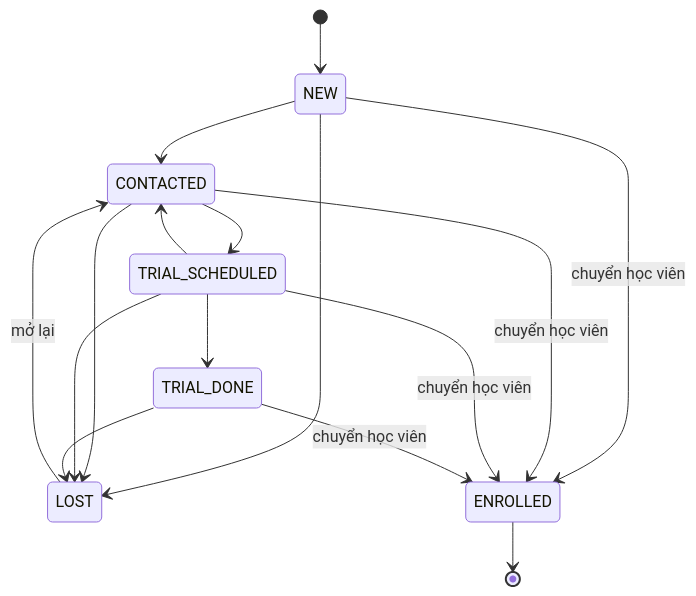
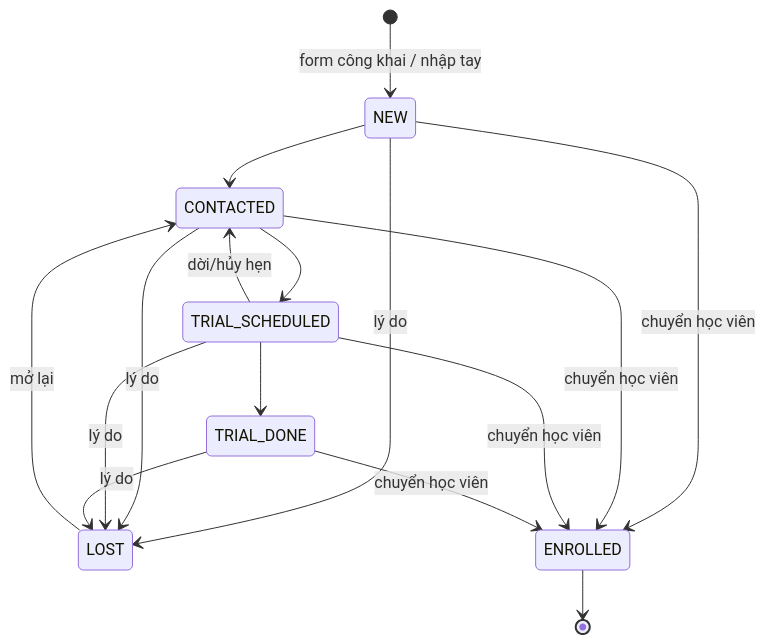
The first of 4 diagrams in docs/06-business-rules-and-states.md (Huutuyen205/CoreLinkAcademy), drawn with Mermaid before and after one commit. The commit also changed other lines of this file and 100 other files, not shown here.

````diff
--- a/docs/06-business-rules-and-states.md
+++ b/docs/06-business-rules-and-states.md
@@ -34,18 +86,18 @@
 ```mermaid
 stateDiagram-v2
-  [*] --> NEW
+  [*] --> NEW: form công khai / nhập tay
   NEW --> CONTACTED
-  NEW --> LOST
+  NEW --> LOST: lý do
   CONTACTED --> TRIAL_SCHEDULED
-  CONTACTED --> LOST
+  CONTACTED --> LOST: lý do
   TRIAL_SCHEDULED --> TRIAL_DONE
-  TRIAL_SCHEDULED --> CONTACTED
-  TRIAL_SCHEDULED --> LOST
-  TRIAL_DONE --> LOST
+  TRIAL_SCHEDULED --> CONTACTED: dời/hủy hẹn
+  TRIAL_SCHEDULED --> LOST: lý do
+  TRIAL_DONE --> LOST: lý do
+  LOST --> CONTACTED: mở lại
   NEW --> ENROLLED: chuyển học viên
   CONTACTED --> ENROLLED: chuyển học viên
   TRIAL_SCHEDULED --> ENROLLED: chuyển học viên
   TRIAL_DONE --> ENROLLED: chuyển học viên
-  LOST --> CONTACTED: mở lại
   ENROLLED --> [*]
 ```
````
